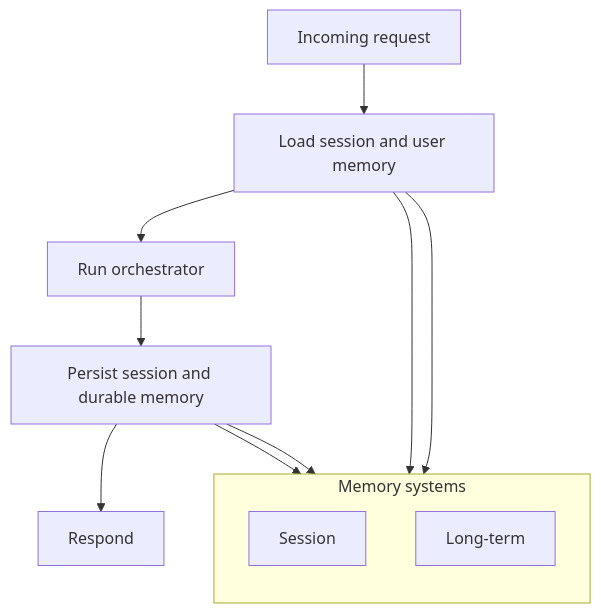
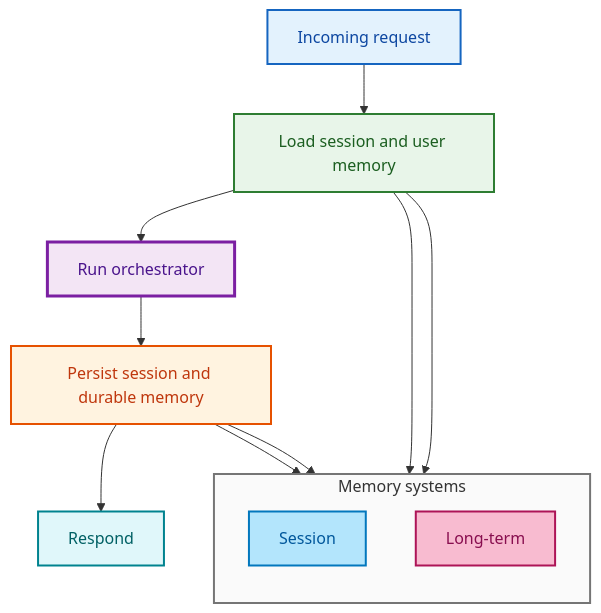
Before and after one commit to srirama4n/adk_long_term: the ninth of 10 diagrams in docs/doc.md, drawn with Mermaid. The commit also changed other lines of this file, not shown here.

````diff
--- a/docs/doc.md
+++ b/docs/doc.md
@@ -300,18 +369,27 @@
 ```mermaid
 flowchart TB
     Req["Incoming request"] --> Load["Load session and user memory"]
     Load --> Run["Run orchestrator"]
     Run --> Save["Persist session and durable memory"]
     Save --> Resp["Respond"]
 
     subgraph Memory["Memory systems"]
         direction TB
         Sess["Session"]
         Long["Long-term"]
     end
 
     Load --> Sess
     Load --> Long
     Save --> Sess
     Save --> Long
+
+    style Req fill:#E3F2FD,stroke:#1565C0,stroke-width:2px,color:#0D47A1
+    style Load fill:#E8F5E9,stroke:#2E7D32,stroke-width:2px,color:#1B5E20
+    style Run fill:#F3E5F5,stroke:#7B1FA2,stroke-width:3px,color:#4A148C
+    style Save fill:#FFF3E0,stroke:#E65100,stroke-width:2px,color:#BF360C
+    style Resp fill:#E0F7FA,stroke:#00838F,stroke-width:2px,color:#006064
+    style Memory fill:#FAFAFA,stroke:#757575,stroke-width:2px
+    style Sess fill:#B3E5FC,stroke:#0277BD,stroke-width:2px,color:#01579B
+    style Long fill:#F8BBD0,stroke:#AD1457,stroke-width:2px,color:#880E4F
 ```
````
